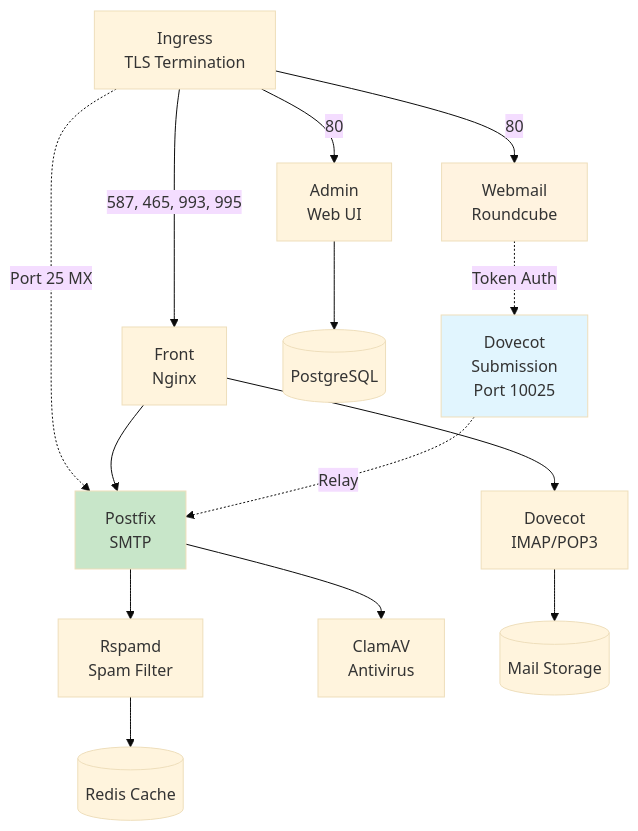
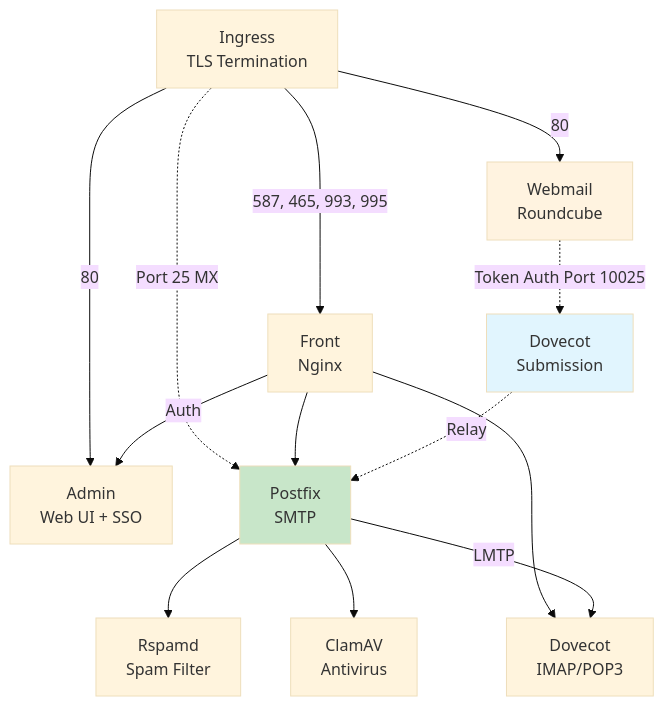
Before and after one commit to bluedynamics/cdk8s-mailu: the diagram in documentation/sources/explanation/architecture.md, drawn with Mermaid (base theme). The commit also changed other lines of this file, not shown here.

Commit message:
docs: complete architecture diagram - add LMTP, shared DB, SSO, auth_http; simplify by removing storage

````diff
--- a/documentation/sources/explanation/architecture.md
+++ b/documentation/sources/explanation/architecture.md
@@ -13,22 +13,21 @@
 ```mermaid
 graph TB
     Ingress[Ingress<br/>TLS Termination] -->|587, 465, 993, 995| FrontNginx[Front<br/>Nginx]
-    Ingress -->|80| Admin[Admin<br/>Web UI]
+    Ingress -->|80| Admin[Admin<br/>Web UI + SSO]
     Ingress -->|80| Webmail[Webmail<br/>Roundcube]
     Ingress -.Port 25 MX.-> Postfix[Postfix<br/>SMTP]
+    FrontNginx -->|Auth| Admin
     FrontNginx --> Postfix
     FrontNginx --> Dovecot[Dovecot<br/>IMAP/POP3]
 
-    Webmail -.Token Auth.-> DovecotSub[Dovecot<br/>Submission<br/>Port 10025]
+    Webmail -.Token Auth Port 10025.-> DovecotSub[Dovecot<br/>Submission]
     DovecotSub -.Relay.-> Postfix
 
     Postfix --> Rspamd[Rspamd<br/>Spam Filter]
     Postfix --> ClamAV[ClamAV<br/>Antivirus]
-    Dovecot --> Data[(Mail Storage)]
-    Admin --> Database[(PostgreSQL)]
-    Rspamd --> Redis[(Redis Cache)]
+    Postfix -->|LMTP| Dovecot
 
     style DovecotSub fill:#e1f5fe
     style Webmail fill:#fff3e0
     style Postfix fill:#c8e6c9
 ```
````
